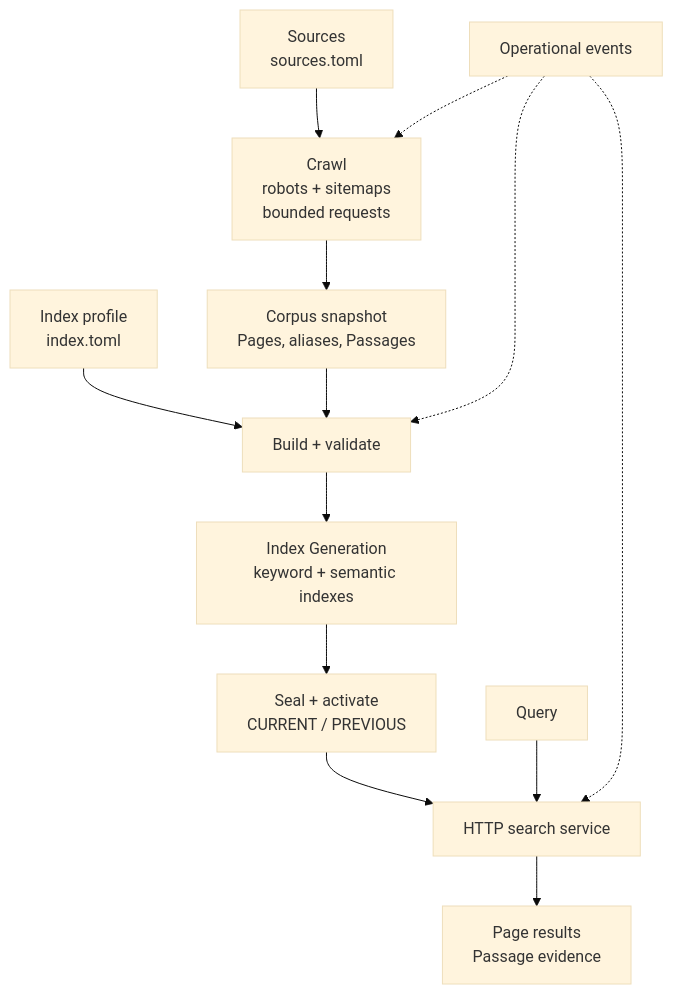
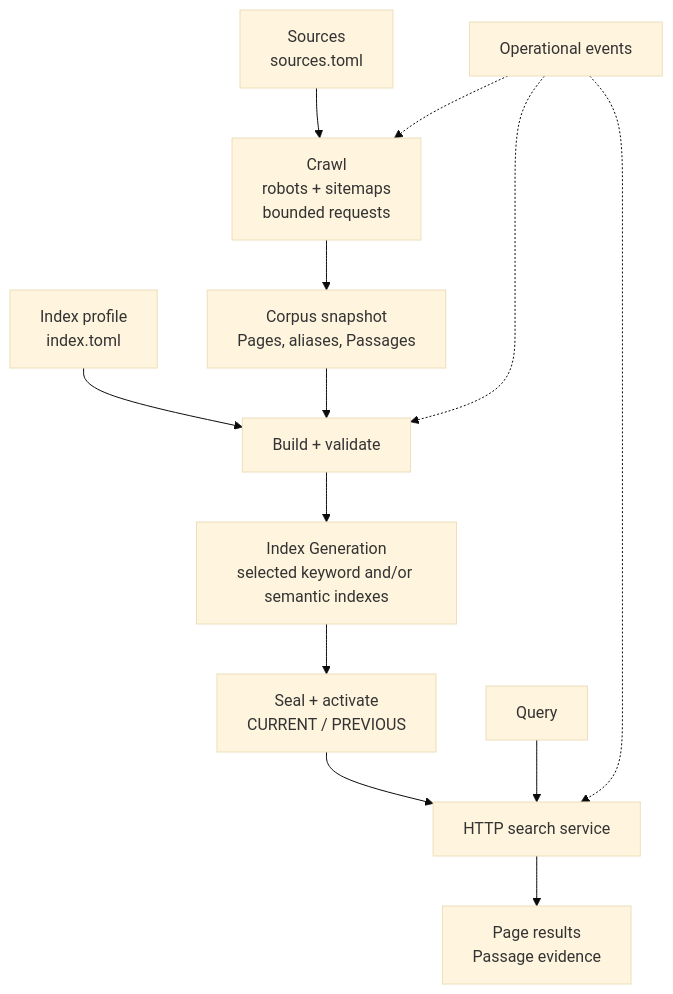
Before and after one commit to lifrocszh/scout: the diagram in README.md, drawn with Mermaid (base theme). The commit also changed other lines of this file and 24 other files, not shown here.

````diff
--- a/README.md
+++ b/README.md
@@ -19,15 +19,15 @@
 ```mermaid
 flowchart TB
     CFG["Sources<br/>sources.toml"] --> CRAWL["Crawl<br/>robots + sitemaps<br/>bounded requests"]
     CRAWL --> SNAP["Corpus snapshot<br/>Pages, aliases, Passages"]
     PROF["Index profile<br/>index.toml"] --> BUILD["Build + validate"]
     SNAP --> BUILD
-    BUILD --> GEN["Index Generation<br/>keyword + semantic indexes"]
+    BUILD --> GEN["Index Generation<br/>selected keyword and/or semantic indexes"]
     GEN --> ACT["Seal + activate<br/>CURRENT / PREVIOUS"]
     ACT --> SVC["HTTP search service"]
     Q["Query"] --> SVC
     SVC --> RES["Page results<br/>Passage evidence"]
     EVENTS["Operational events"] -.-> CRAWL
     EVENTS -.-> BUILD
     EVENTS -.-> SVC
 ```
````
